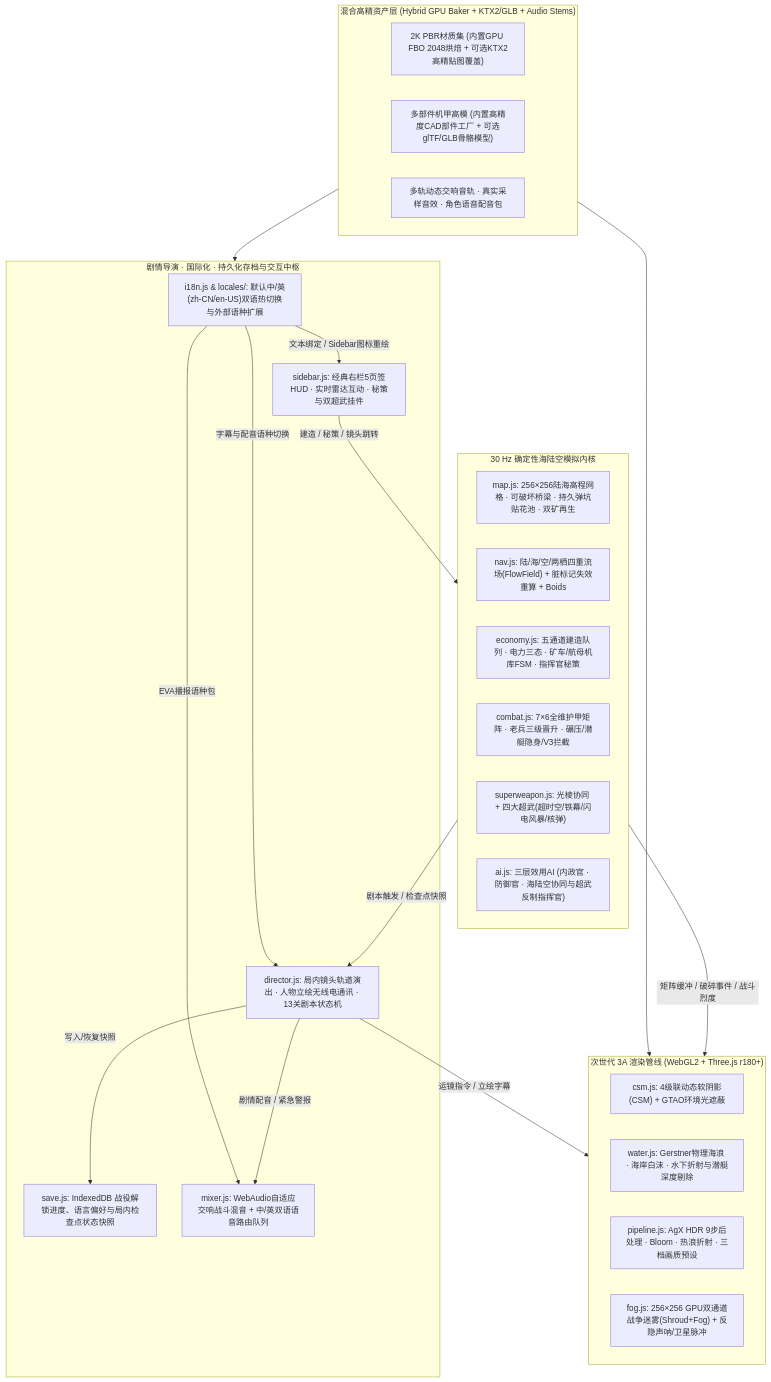
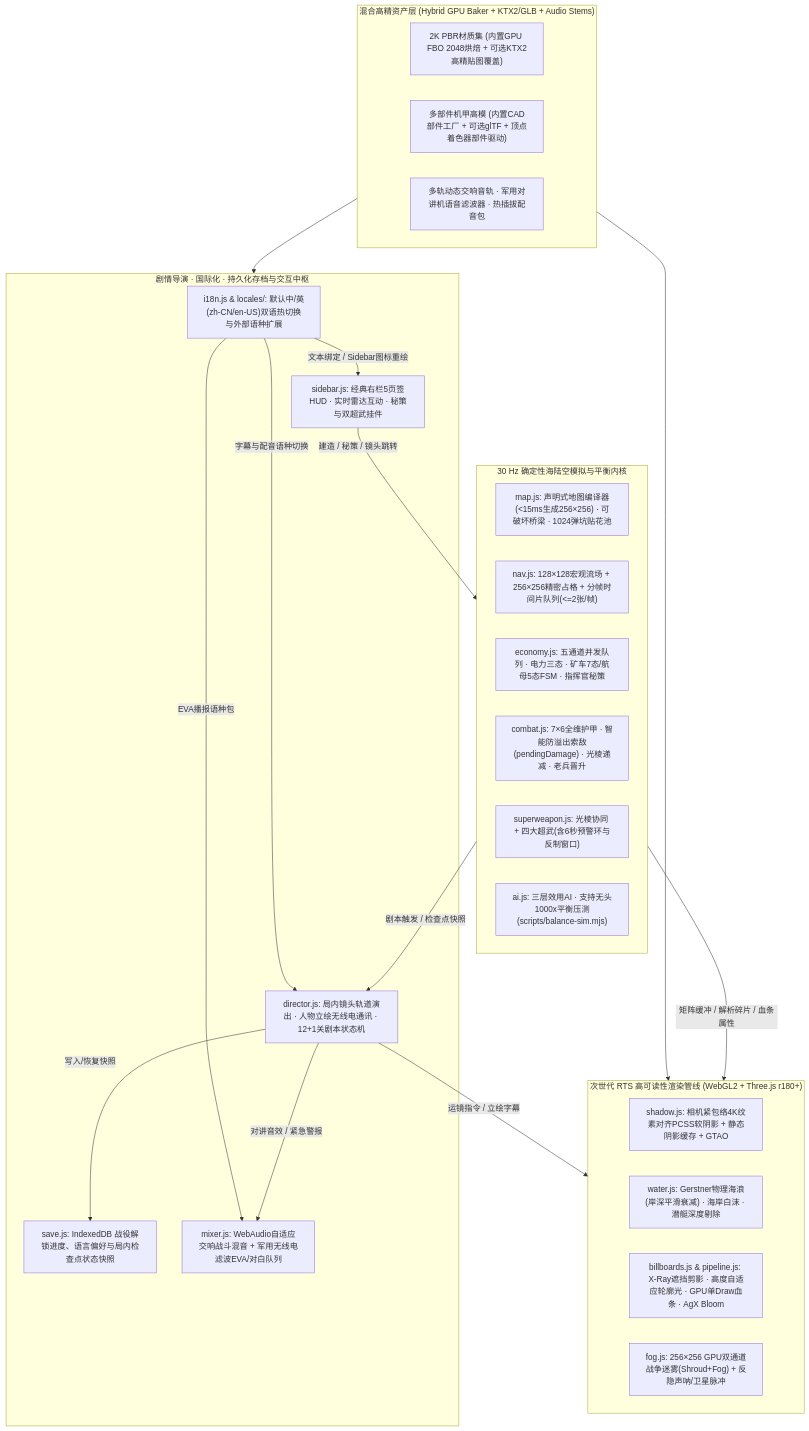
One commit to mullvadcat/RedAlert3A changed the first of 2 diagrams in docs/SDD.md. Above: the diagram before and after it, drawn with Mermaid. The commit also changed other lines of this file and 1 other file, not shown here.

Commit message:
docs(sdd): upgrade SDD to v2.2 with shader sub-part instancing, tactical readability, balance safeguards, and high-ROI engineering

````diff
--- a/docs/SDD.md
+++ b/docs/SDD.md
@@ -13,44 +13,44 @@
 ```mermaid
 flowchart TB
     subgraph Assets["混合高精资产层 (Hybrid GPU Baker + KTX2/GLB + Audio Stems)"]
         TEX["2K PBR材质集 (内置GPU FBO 2048烘焙 + 可选KTX2高精贴图覆盖)"]
-        MDL["多部件机甲高模 (内置高精度CAD部件工厂 + 可选glTF/GLB骨骼模型)"]
-        SND["多轨动态交响音轨 · 真实采样音效 · 角色语音配音包"]
+        MDL["多部件机甲高模 (内置CAD部件工厂 + 可选glTF + 顶点着色器部件驱动)"]
+        SND["多轨动态交响音轨 · 军用对讲机语音滤波器 · 热插拔配音包"]
     end
 
-    subgraph Presentation["次世代 3A 渲染管线 (WebGL2 + Three.js r180+)"]
-        CSM["csm.js: 4级联动态软阴影(CSM) + GTAO环境光遮蔽"]
-        WTR["water.js: Gerstner物理海浪 · 海岸白沫 · 水下折射与潜艇深度剔除"]
-        RP["pipeline.js: AgX HDR 9步后处理 · Bloom · 热浪折射 · 三档画质预设"]
+    subgraph Presentation["次世代 RTS 高可读性渲染管线 (WebGL2 + Three.js r180+)"]
+        SHD["shadow.js: 相机紧包络4K纹素对齐PCSS软阴影 + 静态阴影缓存 + GTAO"]
+        WTR["water.js: Gerstner物理海浪(岸深平滑衰减) · 海岸白沫 · 潜艇深度剔除"]
+        VIS["billboards.js & pipeline.js: X-Ray遮挡剪影 · 高度自适应轮廓光 · GPU单Draw血条 · AgX Bloom"]
         FOG["fog.js: 256×256 GPU双通道战争迷雾(Shroud+Fog) + 反隐声呐/卫星脉冲"]
     end
 
-    subgraph Simulation["30 Hz 确定性海陆空模拟内核"]
-        MAP["map.js: 256×256陆海高程网格 · 可破坏桥梁 · 持久弹坑贴花池 · 双矿再生"]
-        NAV["nav.js: 陆/海/空/两栖四重流场(FlowField) + 脏标记失效重算 + Boids"]
-        ECO["economy.js: 五通道建造队列 · 电力三态 · 矿车/航母机库FSM · 指挥官秘策"]
-        CMB["combat.js: 7×6全维护甲矩阵 · 老兵三级晋升 · 碾压/潜艇隐身/V3拦截"]
-        SW["superweapon.js: 光棱协同 + 四大超武(超时空/铁幕/闪电风暴/核弹)"]
-        AI["ai.js: 三层效用AI (内政官 · 防御官 · 海陆空协同与超武反制指挥官)"]
+    subgraph Simulation["30 Hz 确定性海陆空模拟与平衡内核"]
+        MAP["map.js: 声明式地图编译器(<15ms生成256×256) · 可破坏桥梁 · 1024弹坑贴花池"]
+        NAV["nav.js: 128×128宏观流场 + 256×256精密占格 + 分帧时间片队列(<=2张/帧)"]
+        ECO["economy.js: 五通道并发队列 · 电力三态 · 矿车7态/航母5态FSM · 指挥官秘策"]
+        CMB["combat.js: 7×6全维护甲 · 智能防溢出索敌(pendingDamage) · 光棱递减 · 老兵晋升"]
+        SW["superweapon.js: 光棱协同 + 四大超武(含6秒预警环与反制窗口)"]
+        AI["ai.js: 三层效用AI · 支持无头1000x平衡压测(scripts/balance-sim.mjs)"]
     end
 
     subgraph StoryUI["剧情导演 · 国际化 · 持久化存档与交互中枢"]
         I18N["i18n.js & locales/: 默认中/英(zh-CN/en-US)双语热切换与外部语种扩展"]
         SAVE["save.js: IndexedDB 战役解锁进度、语言偏好与局内检查点状态快照"]
-        DIR["director.js: 局内镜头轨道演出 · 人物立绘无线电通讯 · 13关剧本状态机"]
+        DIR["director.js: 局内镜头轨道演出 · 人物立绘无线电通讯 · 12+1关剧本状态机"]
         SIDE["sidebar.js: 经典右栏5页签HUD · 实时雷达互动 · 秘策与双超武挂件"]
-        AUD["mixer.js: WebAudio自适应交响战斗混音 + 中/英双语语音路由队列"]
+        AUD["mixer.js: WebAudio自适应交响战斗混音 + 军用无线电滤波EVA/对白队列"]
     end
 
     Assets --> Presentation
     Assets --> StoryUI
     I18N -->|"文本绑定 / Sidebar图标重绘"| SIDE
     I18N -->|"字幕与配音语种切换"| DIR
     I18N -->|"EVA播报语种包"| AUD
     SIDE -->|"建造 / 秘策 / 镜头跳转"| Simulation
-    Simulation -->|"矩阵缓冲 / 破碎事件 / 战斗烈度"| Presentation
+    Simulation -->|"矩阵缓冲 / 解析碎片 / 血条属性"| Presentation
     Simulation -->|"剧本触发 / 检查点快照"| DIR
     DIR -->|"写入/恢复快照"| SAVE
     DIR -->|"运镜指令 / 立绘字幕"| Presentation
-    DIR -->|"剧情配音 / 紧急警报"| AUD
+    DIR -->|"对讲音效 / 紧急警报"| AUD
 ```
````
